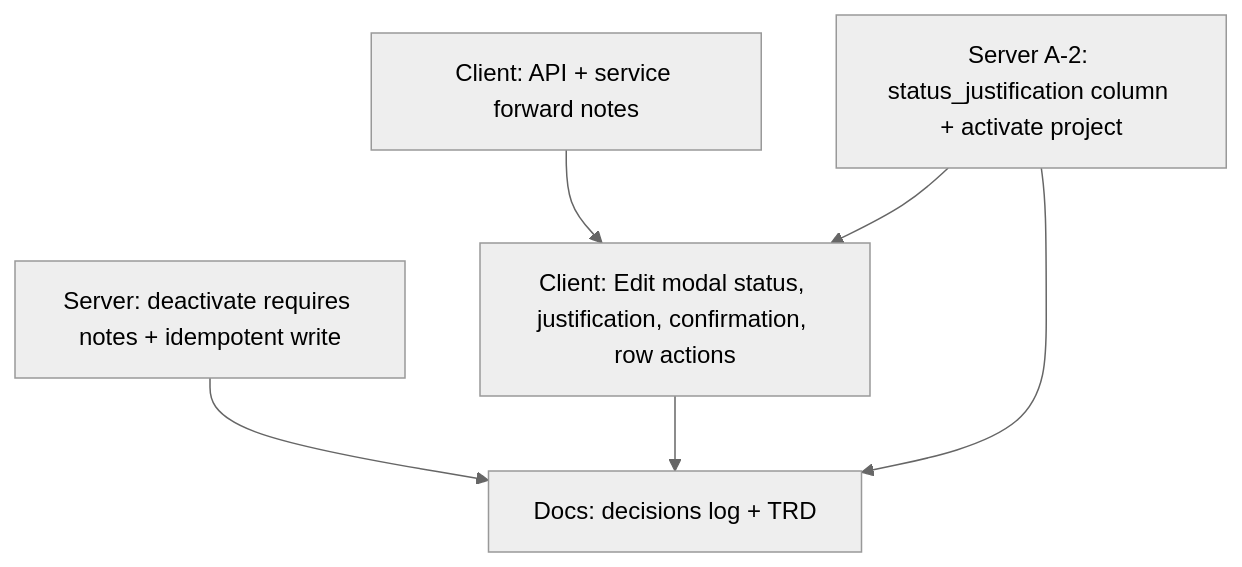
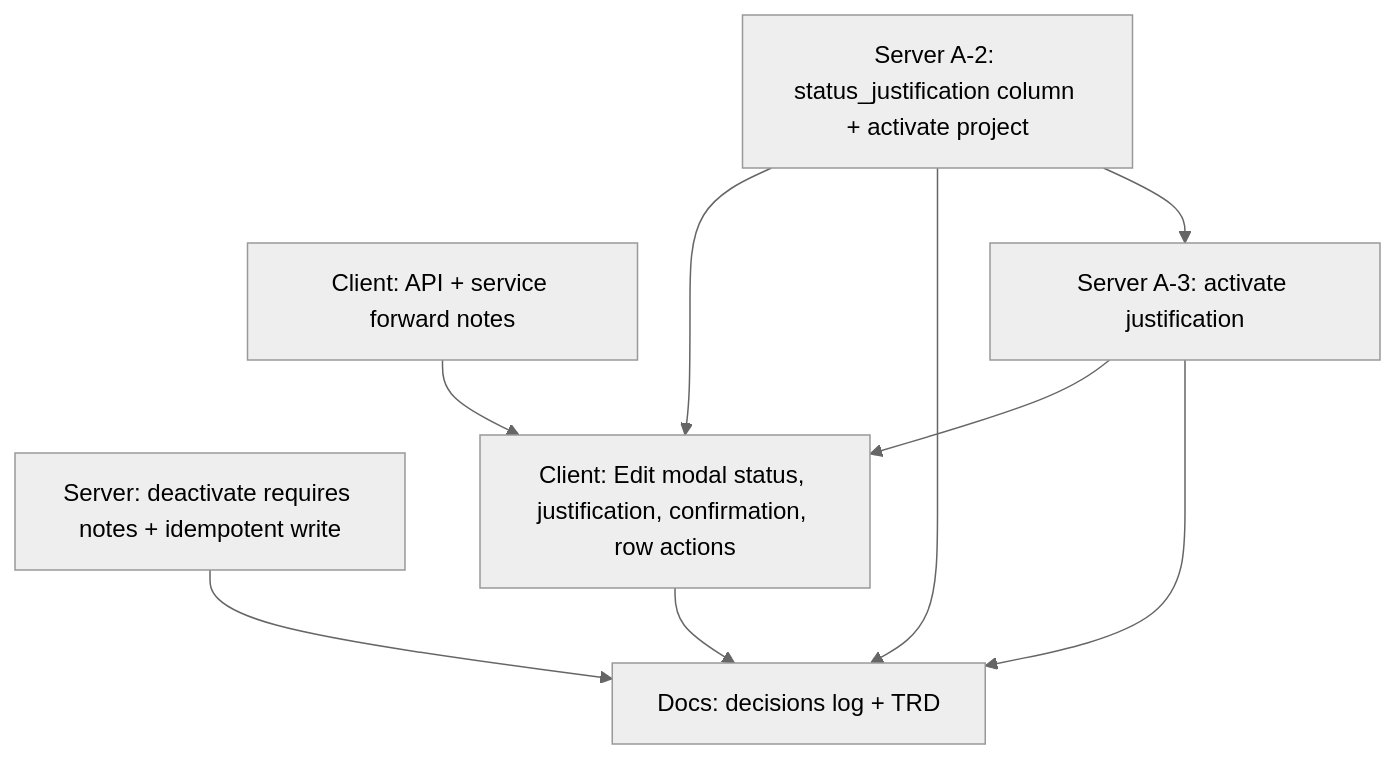
The diagram in docs/specs/bilateral/mapping-status-in-edit-modal/tasks.md (AllianceBioversityCIAT/alliance-research-indicators-main), drawn with Mermaid (neutral theme) before and after one commit. The commit also changed other lines of this file and 3 other files, not shown here.

````diff
--- a/docs/specs/bilateral/mapping-status-in-edit-modal/tasks.md
+++ b/docs/specs/bilateral/mapping-status-in-edit-modal/tasks.md
@@ -19,13 +19,17 @@
 ```mermaid
 graph TD
   T-01[Server: deactivate requires notes + idempotent write]
   T-02[Client: API + service forward notes]
   T-03[Client: Edit modal status, justification, confirmation, row actions]
   T-04[Docs: decisions log + TRD]
   T-05[Server A-2: status_justification column + activate project]
   T-02 --> T-03
   T-05 --> T-03
   T-05 --> T-04
+  T-06[Server A-3: activate justification]
+  T-05 --> T-06
+  T-06 --> T-03
+  T-06 --> T-04
   T-01 --> T-04
   T-03 --> T-04
 ```
````
